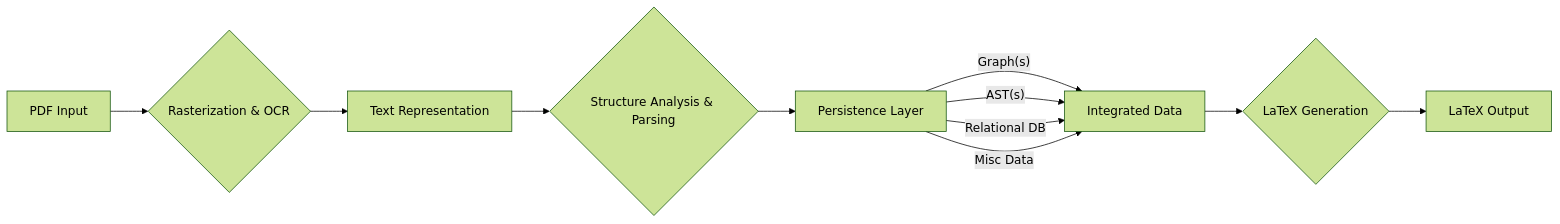
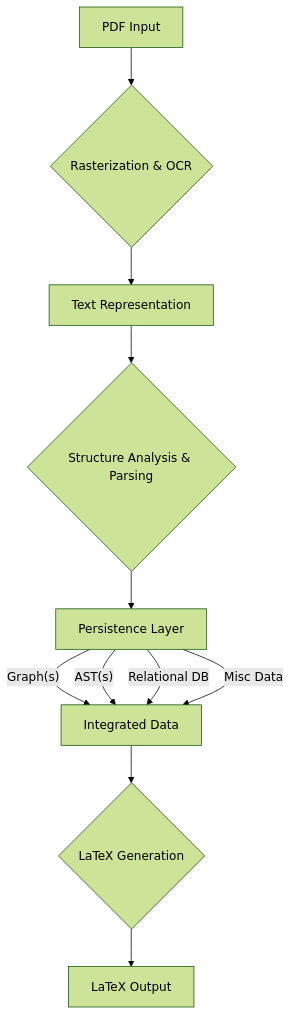
The first of 2 diagrams in README.md (nshkrdotcom/pdf-to-latex), drawn with Mermaid (forest theme) before and after one commit.

Commit message:
add diagrams

````diff
--- a/README.md
+++ b/README.md
@@ -19,13 +19,13 @@
 ```mermaid
-graph LR
+graph TD
     A[PDF Input] --> B{Rasterization & OCR};
     B --> C[Text Representation];
     C --> D{Structure Analysis & Parsing};
     D --> E[Persistence Layer];
     E -- Graph(s) --> F;
     E -- AST(s) --> F;
     E -- Relational DB --> F;
     E -- Misc Data --> F;
     F[Integrated Data] --> G{LaTeX Generation};
     G --> H[LaTeX Output];
 ```
````
